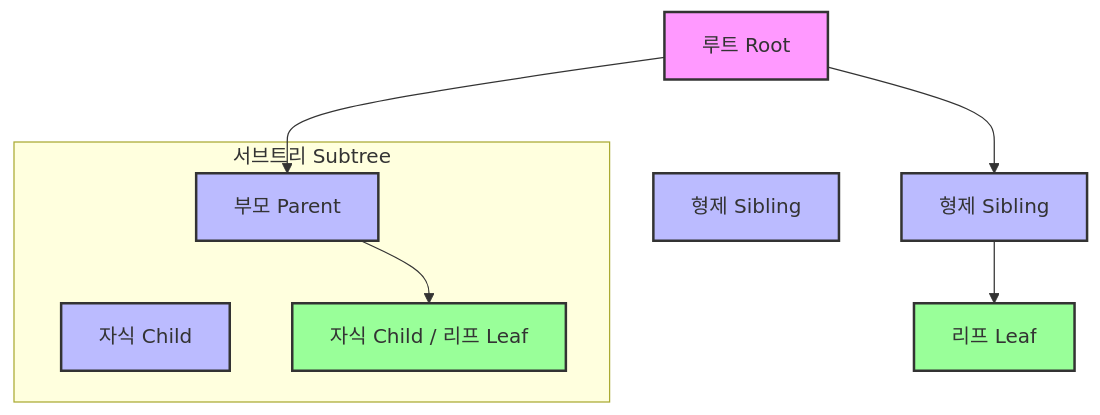
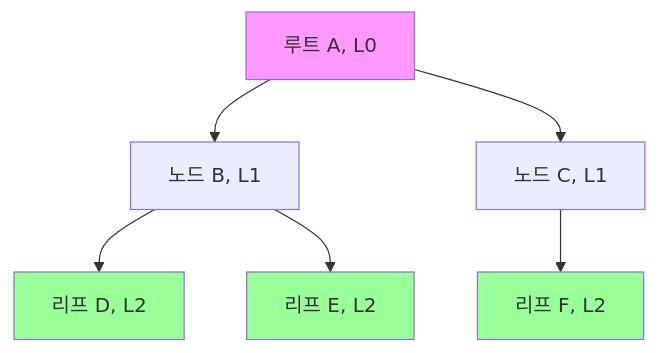
One commit to eyelessiris/eyelessiris.github.io changed the diagram in _posts/2025-12-07-트리.md. Above: the diagram before and after it, drawn with Mermaid. The commit also changed other lines of this file and 3 other files, not shown here.

First line of the commit message:
Add Jekyll plugins and update graph/tree posts

````diff
--- a/_posts/2025-12-07-트리.md
+++ b/_posts/2025-12-07-트리.md
@@ -20,23 +35,13 @@
 ```mermaid
 graph TD
-    A[루트 Root] --> B[부모 Parent];
-    A --> C[형제 Sibling];
-    A --> D[형제 Sibling];
-    B --> E[자식 Child];
-    B --> F[자식 Child / 리프 Leaf];
-    C --> G[리프 Leaf];
-    subgraph "서브트리 Subtree"
-        B; E; F;
-    end
+    A[루트 A, L0] --> B[노드 B, L1];
+    A --> C[노드 C, L1];
+    B --> D[리프 D, L2];
+    B --> E[리프 E, L2];
+    C --> F[리프 F, L2];
 
-    linkStyle 2 stroke-width:0px, stroke:transparent;
-    linkStyle 3 stroke-width:0px, stroke:transparent;
-
-    style A fill:#f9f,stroke:#333,stroke-width:2px
-    style B fill:#bbf,stroke:#333,stroke-width:2px
-    style C fill:#bbf,stroke:#333,stroke-width:2px
-    style D fill:#bbf,stroke:#333,stroke-width:2px
-    style E fill:#bbf,stroke:#333,stroke-width:2px
-    style F fill:#9f9,stroke:#333,stroke-width:2px
-    style G fill:#9f9,stroke:#333,stroke-width:2px
+    style A fill:#f9f
+    style D fill:#9f9
+    style E fill:#9f9
+    style F fill:#9f9
 ```
````
